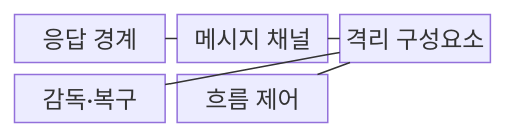
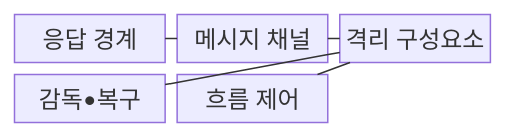
One commit to agnusdei1207/knowledge-base changed the first of 2 diagrams in src/content/docs/notes/08-latest-tech/168_reactive_system.md. Above: the diagram before and after it, drawn with Mermaid. The commit also changed other lines of this file and 953 other files, not shown here.

````diff
--- a/src/content/docs/notes/08-latest-tech/168_reactive_system.md
+++ b/src/content/docs/notes/08-latest-tech/168_reactive_system.md
@@ -69,13 +69,13 @@
 ```mermaid
 block-beta
   columns 3
   A["응답 경계"]
   B["메시지 채널"]
   C["격리 구성요소"]
-  D["감독·복구"]
+  D["감독•복구"]
   E["흐름 제어"]
   A --- B
   B --- C
   C --- D
   C --- E
 ```
````
